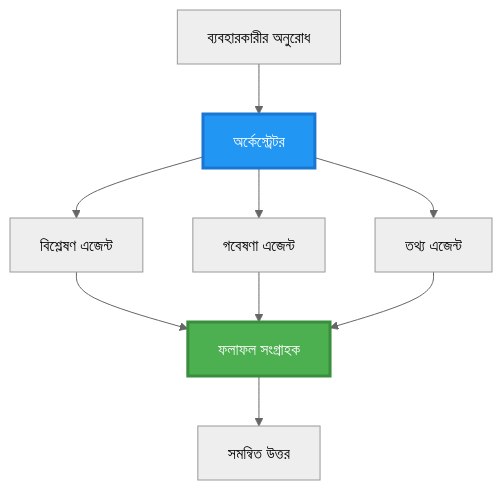
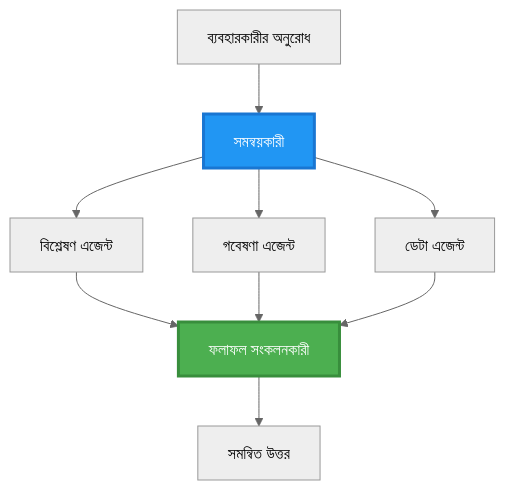
The second of 6 diagrams in translations/bn/docs/chapter-06-pre-deployment/coordination-patterns.md (microsoft/AZD-for-beginners), drawn with Mermaid (neutral theme) before and after one commit. The commit also changed other lines of this file and 101 other files, not shown here.

````diff
--- a/translations/bn/docs/chapter-06-pre-deployment/coordination-patterns.md
+++ b/translations/bn/docs/chapter-06-pre-deployment/coordination-patterns.md
@@ -106,22 +100,22 @@
 ```mermaid
 graph TB
     User[ব্যবহারকারীর অনুরোধ]
-    Orchestrator[অর্কেস্ট্রেটর]
+    Orchestrator[সমন্বয়কারী]
     Agent1[বিশ্লেষণ এজেন্ট]
     Agent2[গবেষণা এজেন্ট]
-    Agent3[তথ্য এজেন্ট]
-    Aggregator[ফলাফল সংগ্রাহক]
+    Agent3[ডেটা এজেন্ট]
+    Aggregator[ফলাফল সংকলনকারী]
     Response[সমন্বিত উত্তর]
     
     User --> Orchestrator
     Orchestrator --> Agent1
     Orchestrator --> Agent2
     Orchestrator --> Agent3
     Agent1 --> Aggregator
     Agent2 --> Aggregator
     Agent3 --> Aggregator
     Aggregator --> Response
     
     style Orchestrator fill:#2196F3,stroke:#1976D2,stroke-width:3px,color:#fff
     style Aggregator fill:#4CAF50,stroke:#388E3C,stroke-width:3px,color:#fff
 ```
````
